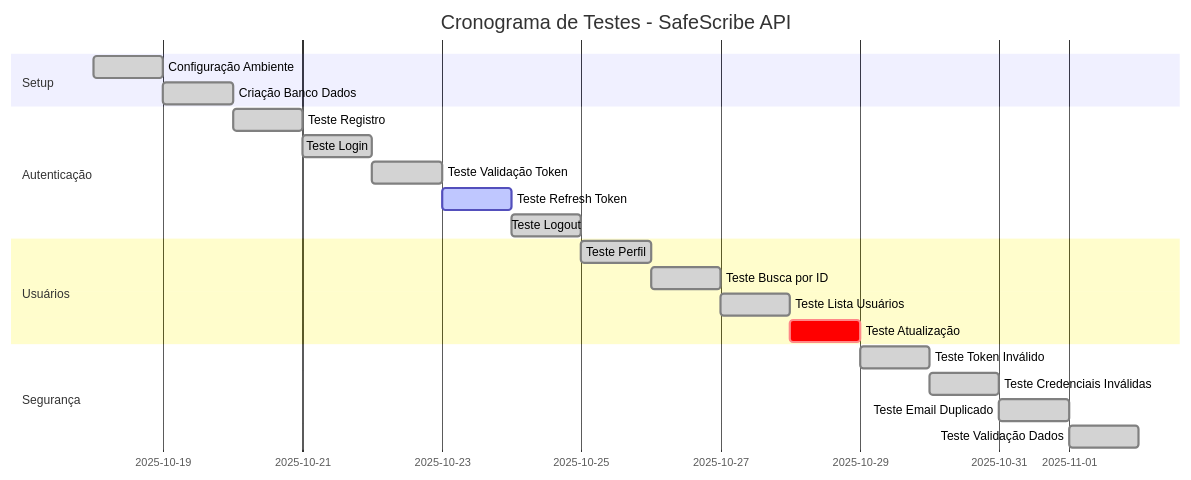
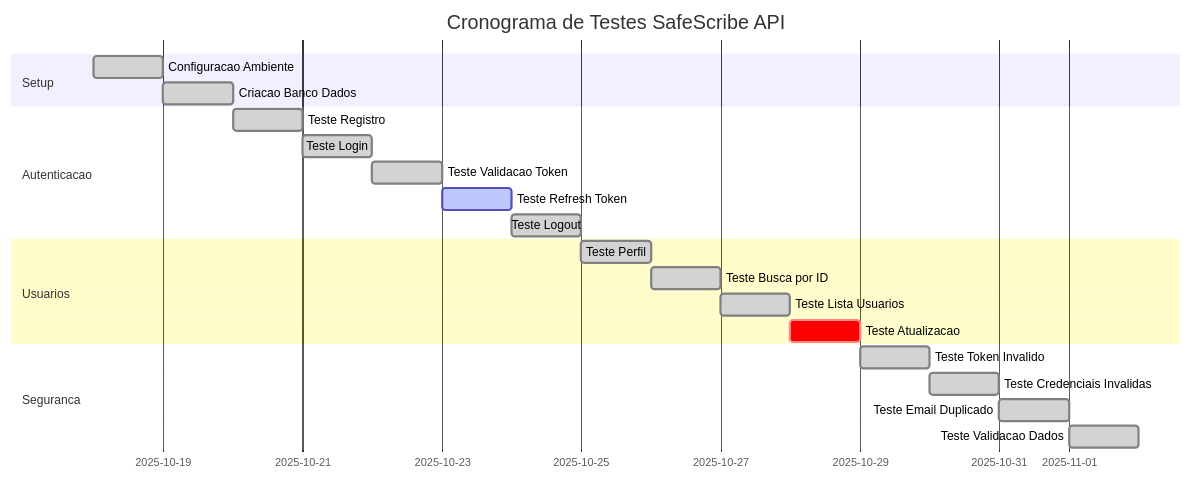
Before and after one commit to carmipa/Advanced_Business_Development_with_.NET_CP_2SEM_2025: the fifth of 6 diagrams in cp-5-autenticacao-autorizacao-swt/cp-5-autenticacao-autorizacao-swt/manual_de-testes.md, drawn with Mermaid. The commit also changed other lines of this file and 26 other files, not shown here.

````diff
--- a/cp-5-autenticacao-autorizacao-swt/cp-5-autenticacao-autorizacao-swt/manual_de-testes.md
+++ b/cp-5-autenticacao-autorizacao-swt/cp-5-autenticacao-autorizacao-swt/manual_de-testes.md
@@ -561,27 +624,27 @@
 ```mermaid
 gantt
-    title Cronograma de Testes - SafeScribe API
-    dateFormat  YYYY-MM-DD
+    title Cronograma de Testes SafeScribe API
+    dateFormat YYYY-MM-DD
     section Setup
-    Configuração Ambiente    :done, setup, 2025-10-18, 1d
-    Criação Banco Dados      :done, db, after setup, 1d
+    Configuracao Ambiente    :done, setup, 2025-10-18, 1d
+    Criacao Banco Dados      :done, db, after setup, 1d
     
-    section Autenticação
+    section Autenticacao
     Teste Registro           :done, reg, after db, 1d
     Teste Login              :done, login, after reg, 1d
-    Teste Validação Token    :done, validate, after login, 1d
+    Teste Validacao Token    :done, validate, after login, 1d
     Teste Refresh Token      :active, refresh, after validate, 1d
     Teste Logout             :done, logout, after refresh, 1d
     
-    section Usuários
+    section Usuarios
     Teste Perfil             :done, profile, after logout, 1d
     Teste Busca por ID       :done, getid, after profile, 1d
-    Teste Lista Usuários     :done, list, after getid, 1d
-    Teste Atualização        :crit, update, after list, 1d
+    Teste Lista Usuarios     :done, list, after getid, 1d
+    Teste Atualizacao        :crit, update, after list, 1d
     
-    section Segurança
-    Teste Token Inválido     :done, invalid, after update, 1d
-    Teste Credenciais Inválidas :done, creds, after invalid, 1d
+    section Seguranca
+    Teste Token Invalido     :done, invalid, after update, 1d
+    Teste Credenciais Invalidas :done, creds, after invalid, 1d
     Teste Email Duplicado    :done, duplicate, after creds, 1d
-    Teste Validação Dados    :done, validation, after duplicate, 1d
+    Teste Validacao Dados    :done, validation, after duplicate, 1d
 ```
````
